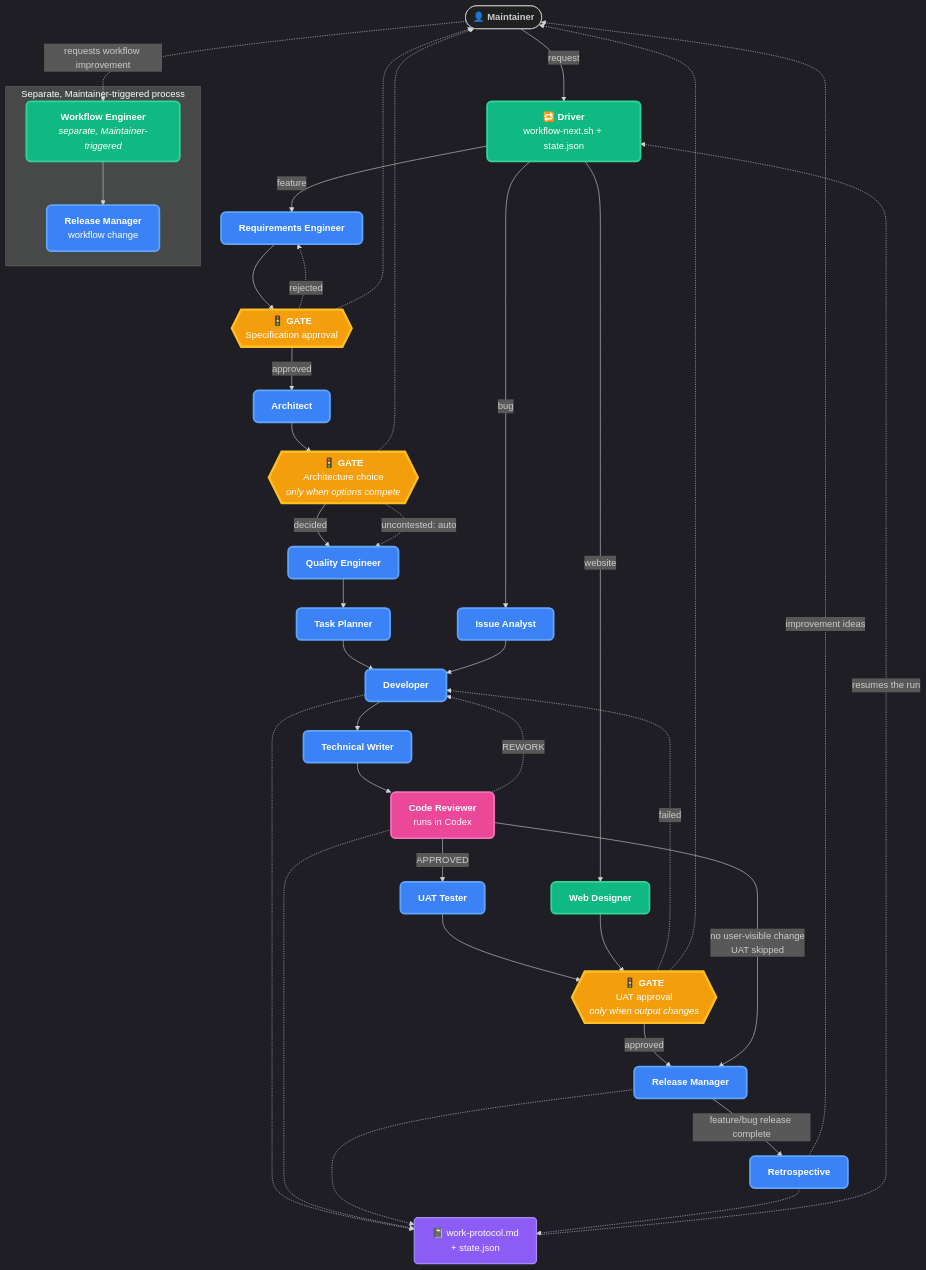
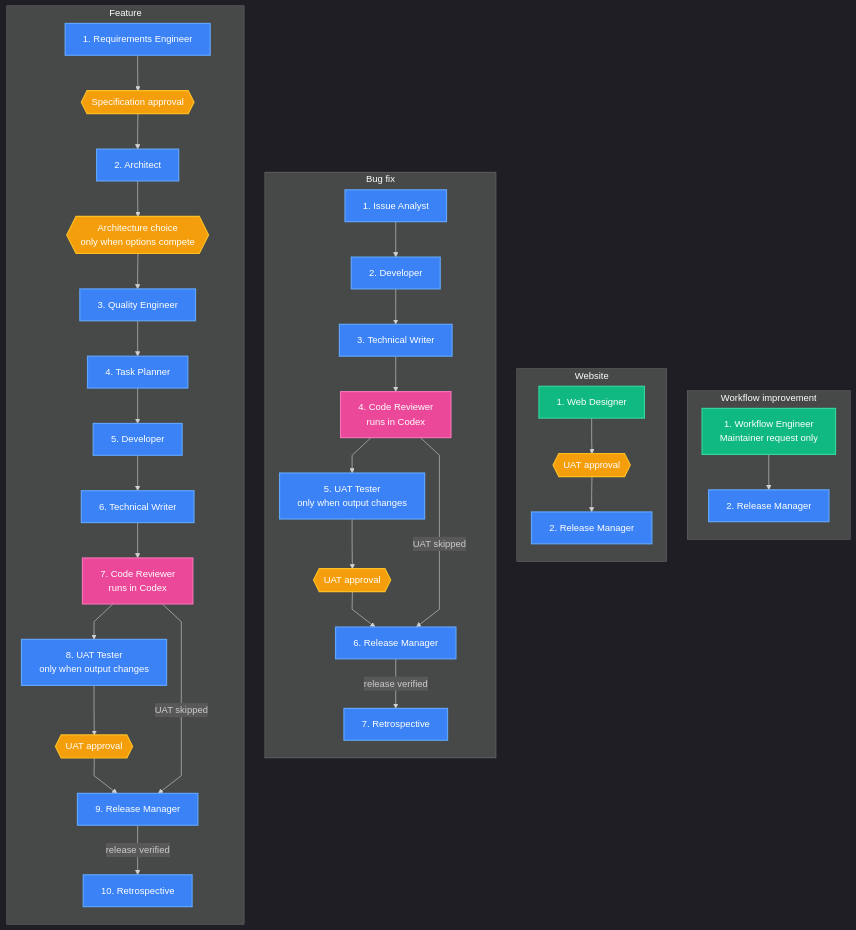
The diagram in docs/workflow.md (oocx/tfplan2md), drawn with Mermaid before and after one commit. The commit also changed other lines of this file and 11 other files, not shown here.

Commit message:
workflow: make workflow diagrams readable

````diff
--- a/docs/workflow.md
+++ b/docs/workflow.md
@@ -15,82 +17,54 @@
 ```mermaid
-%%{init: {'theme':'dark', 'themeVariables': { 'fontSize':'16px', 'fontFamily':'ui-sans-serif, system-ui, sans-serif'}}}%%
-flowchart TB
-    classDef role fill:#3b82f6,stroke:#60a5fa,stroke-width:3px,color:#ffffff,rx:8,ry:8;
-    classDef artifact fill:#8b5cf6,stroke:#a78bfa,stroke-width:2px,color:#ffffff,rx:6,ry:6;
-    classDef meta fill:#10b981,stroke:#34d399,stroke-width:3px,color:#ffffff,rx:8,ry:8;
-    classDef gate fill:#f59e0b,stroke:#fbbf24,stroke-width:4px,color:#ffffff,rx:10,ry:10;
-    classDef external fill:#ec4899,stroke:#f472b6,stroke-width:3px,color:#ffffff,rx:8,ry:8;
+%%{init: {'theme':'dark', 'flowchart': {'curve':'linear', 'nodeSpacing':30, 'rankSpacing':35}, 'themeVariables': { 'fontSize':'16px', 'fontFamily':'ui-sans-serif, system-ui, sans-serif'}}}%%
+flowchart LR
+    classDef role fill:#3b82f6,stroke:#60a5fa,stroke-width:2px,color:#ffffff;
+    classDef meta fill:#10b981,stroke:#34d399,stroke-width:2px,color:#ffffff;
+    classDef gate fill:#f59e0b,stroke:#fbbf24,stroke-width:2px,color:#ffffff;
+    classDef external fill:#ec4899,stroke:#f472b6,stroke-width:2px,color:#ffffff;
 
-    HUMAN(["👤 <b>Maintainer</b>"])
-    DRIVER["🔁 <b>Driver</b><br/>workflow-next.sh + state.json"]
-
-    RE["<b>Requirements Engineer</b>"]
-    IAR["<b>Issue Analyst</b>"]
-    WDS["<b>Web Designer</b>"]
-    WEN["<b>Workflow Engineer</b><br/><i>separate, Maintainer-triggered</i>"]
-    WFRM["<b>Release Manager</b><br/>workflow change"]
-
-    G1{{"🚦 <b>GATE</b><br/>Specification approval"}}
-    AR["<b>Architect</b>"]
-    G2{{"🚦 <b>GATE</b><br/>Architecture choice<br/><i>only when options compete</i>"}}
-
-    QE["<b>Quality Engineer</b>"]
-    TPL["<b>Task Planner</b>"]
-    DEV["<b>Developer</b>"]
-    TW["<b>Technical Writer</b>"]
-    CR["<b>Code Reviewer</b><br/>runs in Codex"]
-    UAT["<b>UAT Tester</b>"]
-    G3{{"🚦 <b>GATE</b><br/>UAT approval<br/><i>only when output changes</i>"}}
-    RM["<b>Release Manager</b>"]
-    RETRO["<b>Retrospective</b>"]
-
-    subgraph MAINT["Separate, Maintainer-triggered process"]
-        WEN --> WFRM
+    subgraph FEATURE["Feature"]
+        direction TB
+        F_RE["1. Requirements Engineer"] --> F_SPEC{{"Specification approval"}}
+        F_SPEC --> F_AR["2. Architect"]
+        F_AR --> F_ARCH{{"Architecture choice<br/>only when options compete"}}
+        F_ARCH --> F_QE["3. Quality Engineer"]
+        F_QE --> F_TP["4. Task Planner"]
+        F_TP --> F_DEV["5. Developer"]
+        F_DEV --> F_TW["6. Technical Writer"]
+        F_TW --> F_CR["7. Code Reviewer<br/>runs in Codex"]
+        F_CR --> F_UAT["8. UAT Tester<br/>only when output changes"]
+        F_UAT --> F_UAT_GATE{{"UAT approval"}}
+        F_UAT_GATE --> F_RM["9. Release Manager"]
+        F_RM -->|"release verified"| F_RETRO["10. Retrospective"]
+        F_CR -->|"UAT skipped"| F_RM
     end
 
-    WP["📓 work-protocol.md<br/>+ state.json"]
+    subgraph BUG["Bug fix"]
+        direction TB
+        B_IA["1. Issue Analyst"] --> B_DEV["2. Developer"]
+        B_DEV --> B_TW["3. Technical Writer"]
+        B_TW --> B_CR["4. Code Reviewer<br/>runs in Codex"]
+        B_CR --> B_UAT["5. UAT Tester<br/>only when output changes"]
+        B_UAT --> B_GATE{{"UAT approval"}}
+        B_GATE --> B_RM["6. Release Manager"]
+        B_RM -->|"release verified"| B_RETRO["7. Retrospective"]
+        B_CR -->|"UAT skipped"| B_RM
+    end
 
-    HUMAN -->|"request"| DRIVER
-    HUMAN -.->|"requests workflow improvement"| WEN
-    DRIVER -->|"feature"| RE
-    DRIVER -->|"bug"| IAR
-    DRIVER -->|"website"| WDS
+    subgraph WEBSITE["Website"]
+        direction TB
+        S_WD["1. Web Designer"] --> S_GATE{{"UAT approval"}}
+        S_GATE --> S_RM["2. Release Manager"]
+    end
 
-    RE --> G1
-    G1 -->|"approved"| AR
-    G1 -.->|"rejected"| RE
-    AR --> G2
-    G2 -->|"decided"| QE
-    G2 -.->|"uncontested: auto"| QE
+    subgraph MAINTENANCE["Workflow improvement"]
+        direction TB
+        W_WE["1. Workflow Engineer<br/>Maintainer request only"] --> W_RM["2. Release Manager"]
+    end
 
-    QE --> TPL --> DEV --> TW --> CR
-    IAR --> DEV
-    CR -->|"APPROVED"| UAT
-    CR -.->|"REWORK"| DEV
-
-    UAT --> G3
-    G3 -->|"approved"| RM
-    G3 -.->|"failed"| DEV
-    CR -->|"no user-visible change<br/>UAT skipped"| RM
-
-    WDS --> G3
-    RM -->|"feature/bug release complete"| RETRO
-    RETRO -.->|"improvement ideas"| HUMAN
-
-    DEV -.-> WP
-    CR -.-> WP
-    RM -.-> WP
-    RETRO -.-> WP
-    WP -.->|"resumes the run"| DRIVER
-
-    G1 -.-> HUMAN
-    G2 -.-> HUMAN
-    G3 -.-> HUMAN
-
-    class RE,IAR,AR,QE,TPL,DEV,TW,UAT,RM,RETRO,WFRM role;
-    class WEN,WDS meta;
-    class CR external;
-    class G1,G2,G3 gate;
-    class WP artifact;
-    class DRIVER meta;
+    FEATURE ~~~ BUG ~~~ WEBSITE ~~~ MAINTENANCE
+    class F_RE,F_AR,F_QE,F_TP,F_DEV,F_TW,F_UAT,F_RM,F_RETRO,B_IA,B_DEV,B_TW,B_UAT,B_RM,B_RETRO,S_RM,W_RM role;
+    class F_SPEC,F_ARCH,F_UAT_GATE,B_GATE,S_GATE gate;
+    class F_CR,B_CR external;
+    class S_WD,W_WE meta;
 ```
````
